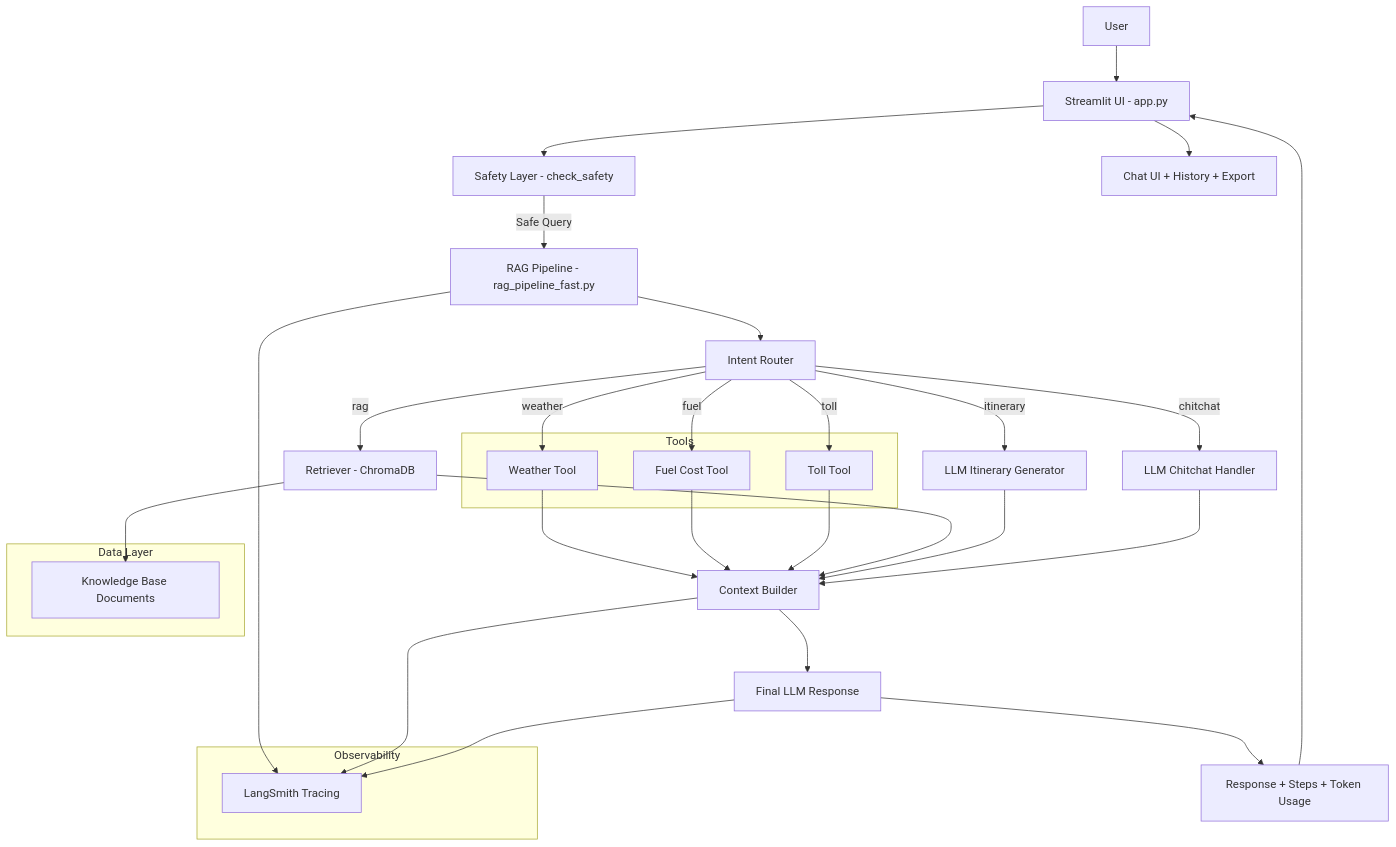
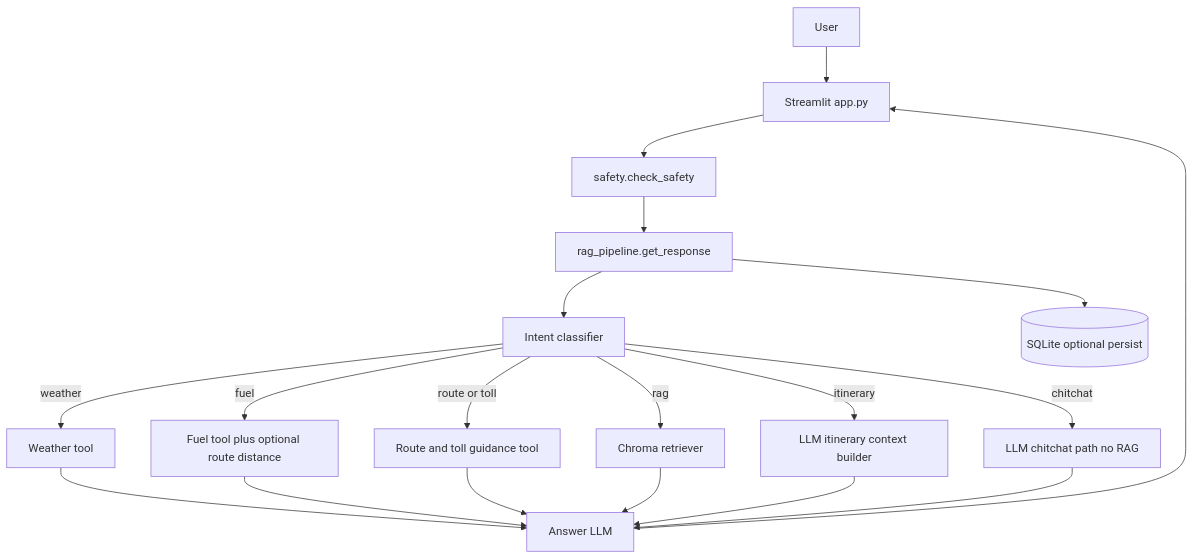
Before and after one commit to nehaai2302-prog/euro-roadtrip-advisor: the first of 2 diagrams in README.md, drawn with Mermaid. The commit also changed other lines of this file and 26 other files, not shown here.

````diff
--- a/README.md
+++ b/README.md
@@ -110,53 +133,21 @@
 ```mermaid
 flowchart TD
-
-    A[User] --> B[Streamlit UI - app.py]
-
-    B --> C[Safety Layer - check_safety]
-
-    C -->|Safe Query| D[RAG Pipeline - rag_pipeline_fast.py]
-
-    D --> E[Intent Router]
-
-    E -->|weather| F[Weather Tool]
-    E -->|fuel| G[Fuel Cost Tool]
-    E -->|toll| H[Toll Tool]
-    E -->|itinerary| I[LLM Itinerary Generator]
-    E -->|chitchat| J[LLM Chitchat Handler]
-    E -->|rag| K[Retriever - ChromaDB]
-
-    K --> L[Knowledge Base Documents]
-
-    F --> M[Context Builder]
-    G --> M
-    H --> M
-    K --> M
-    I --> M
-    J --> M
-
-    M --> N[Final LLM Response]
-
-    N --> O[Response + Steps + Token Usage]
-
-    O --> B
-
-    B --> P[Chat UI + History + Export]
-
-    subgraph Tools
-        F
-        G
-        H
-    end
-
-    subgraph Data Layer
-        L
-    end
-
-    subgraph Observability
-        Q[LangSmith Tracing]
-    end
-
-    D --> Q
-    M --> Q
-    N --> Q
+    U[User] --> S[Streamlit app.py]
+    S --> Safe[safety.check_safety]
+    Safe --> Pipe[rag_pipeline.get_response]
+    Pipe --> Router[Intent classifier]
+    Router -->|weather| W[Weather tool]
+    Router -->|fuel| Fuel[Fuel tool plus optional route distance]
+    Router -->|route or toll| RT[Route and toll guidance tool]
+    Router -->|rag| Chroma[Chroma retriever]
+    Router -->|itinerary| Itin[LLM itinerary context builder]
+    Router -->|chitchat| Chat[LLM chitchat path no RAG]
+    W --> LLM[Answer LLM]
+    Fuel --> LLM
+    RT --> LLM
+    Chroma --> LLM
+    Itin --> LLM
+    Chat --> LLM
+    LLM --> S
+    Pipe --> DB[(SQLite optional persist)]
 ```
````
